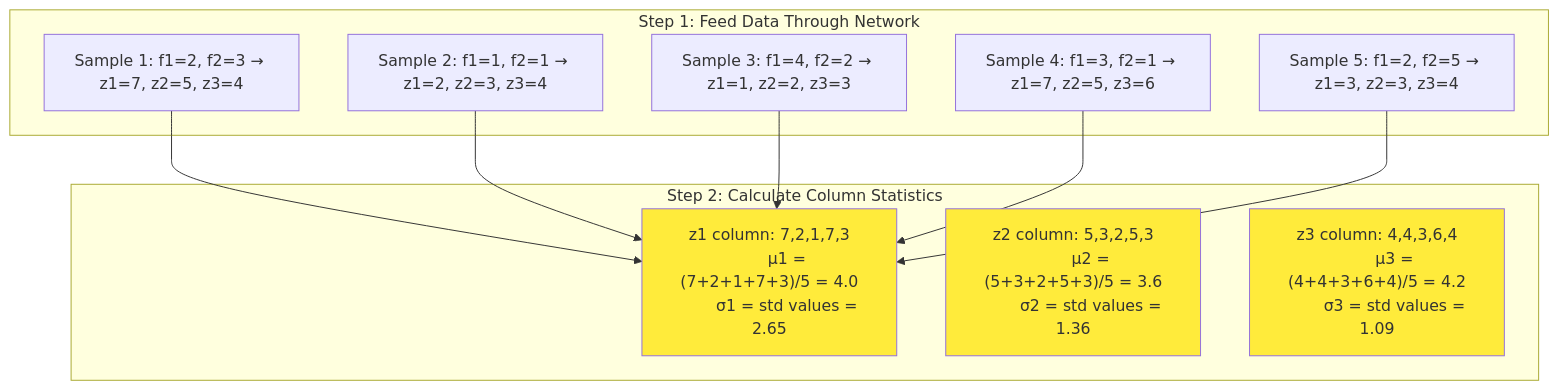
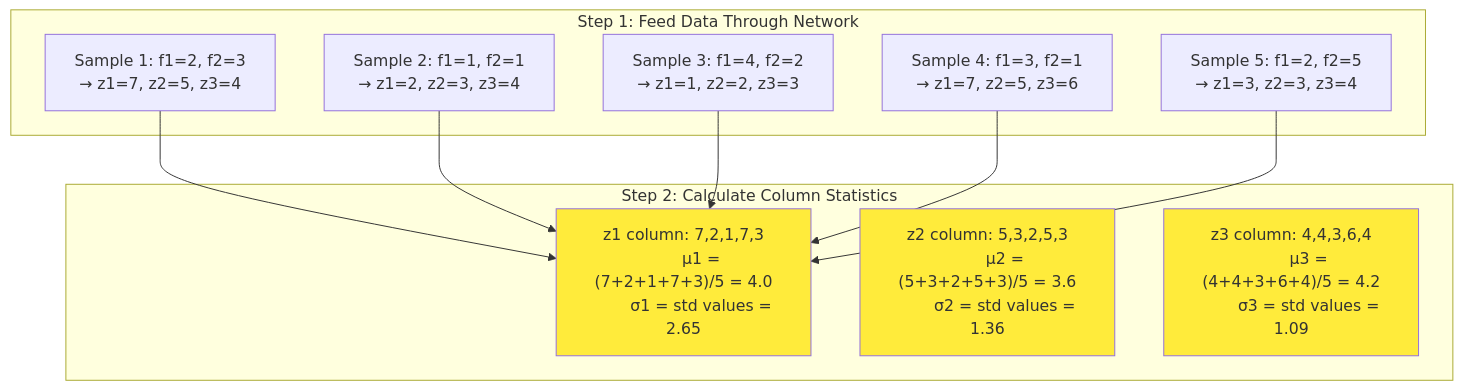
One commit to Sankhyesh/AI-Learning-Roadmap-2024 changed the seventh of 26 diagrams in CampusX/100-days-deep-learning/79-layer-normalization-in-transformers.md. Above: the diagram before and after it, drawn with Mermaid. The commit also changed other lines of this file, not shown here.

Commit message:
feat: Enhance normalization documentation with clearer mermaid diagrams and explanations

````diff
--- a/CampusX/100-days-deep-learning/79-layer-normalization-in-transformers.md
+++ b/CampusX/100-days-deep-learning/79-layer-normalization-in-transformers.md
@@ -182,32 +198,37 @@
 ```mermaid
 graph TD
     subgraph "Step 1: Feed Data Through Network"
-        A[Sample 1: f1=2, f2=3 → z1=7, z2=5, z3=4]
-        B[Sample 2: f1=1, f2=1 → z1=2, z2=3, z3=4]
-        C[Sample 3: f1=4, f2=2 → z1=1, z2=2, z3=3]
-        D[Sample 4: f1=3, f2=1 → z1=7, z2=5, z3=6]
-        E[Sample 5: f1=2, f2=5 → z1=3, z2=3, z3=4]
+        A["Sample 1: f1=2, f2=3
+        → z1=7, z2=5, z3=4"]
+        B["Sample 2: f1=1, f2=1
+        → z1=2, z2=3, z3=4"]
+        C["Sample 3: f1=4, f2=2
+        → z1=1, z2=2, z3=3"]
+        D["Sample 4: f1=3, f2=1
+        → z1=7, z2=5, z3=6"]
+        E["Sample 5: f1=2, f2=5
+        → z1=3, z2=3, z3=4"]
     end
     
     subgraph "Step 2: Calculate Column Statistics"
         F["z1 column: 7,2,1,7,3
         μ1 = (7+2+1+7+3)/5 = 4.0
         σ1 = std values = 2.65"]
         G["z2 column: 5,3,2,5,3
         μ2 = (5+3+2+5+3)/5 = 3.6
         σ2 = std values = 1.36"]
         H["z3 column: 4,4,3,6,4
         μ3 = (4+4+3+6+4)/5 = 4.2
         σ3 = std values = 1.09"]
     end
     
     A --> F
     B --> F
     C --> F
     D --> F
     E --> F
     
     style F fill:#ffeb3b
     style G fill:#ffeb3b
     style H fill:#ffeb3b
 ```
````
